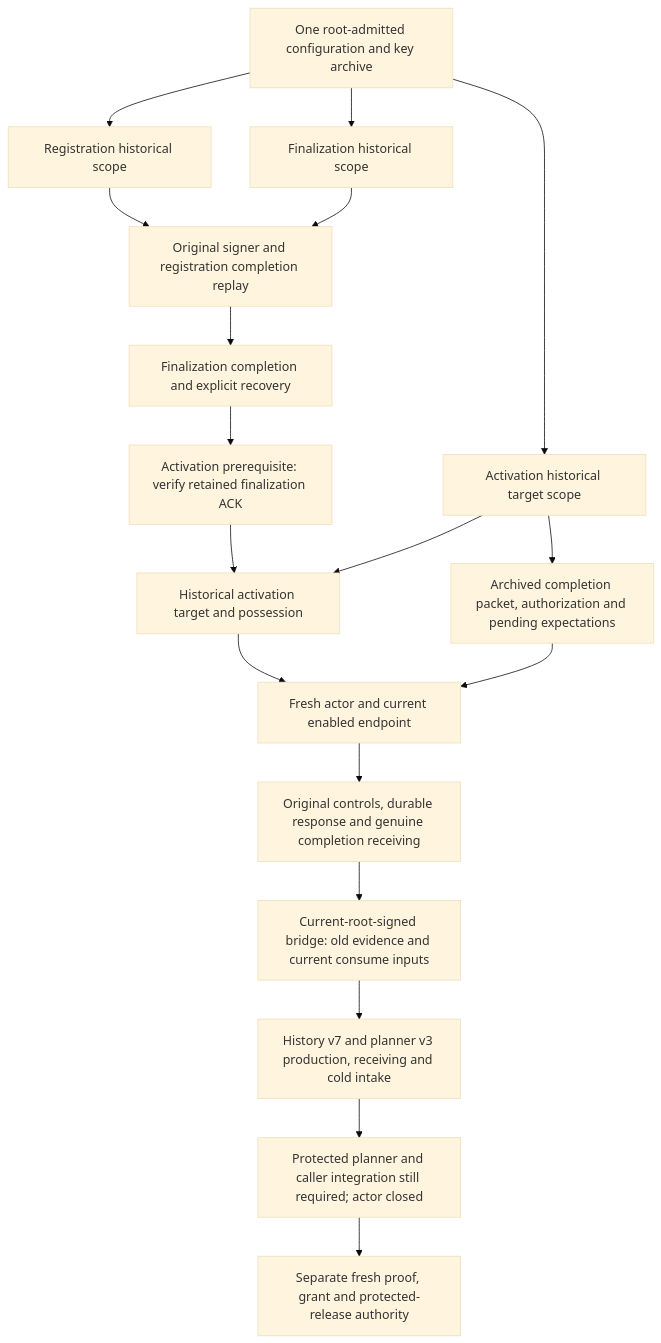
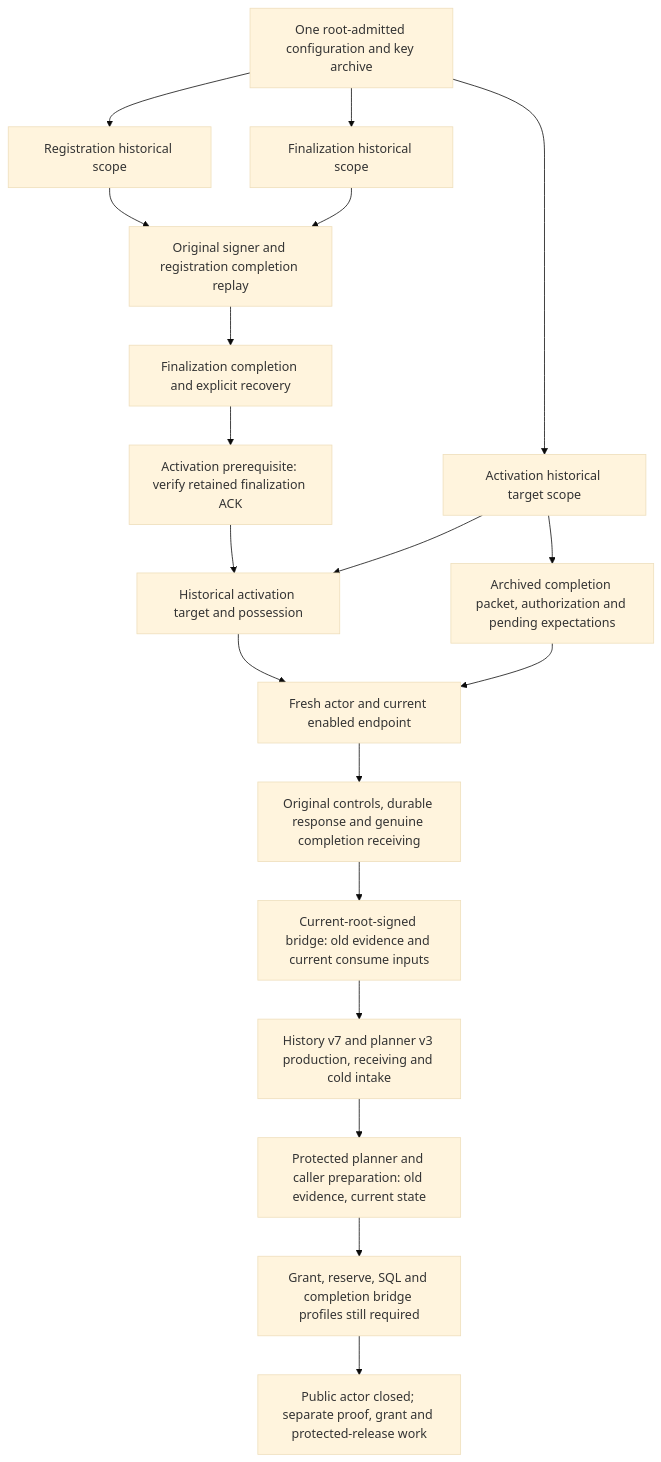
Before and after one commit to AndrewMohawk/catchplate: the diagram in docs/historical-authority-resolution.md, drawn with Mermaid (base theme). The commit also changed other lines of this file and 26 other files, not shown here.

Commit message:
feat(auth): connect historical bridge to protected consume planning

````diff
--- a/docs/historical-authority-resolution.md
+++ b/docs/historical-authority-resolution.md
@@ -149,20 +158,21 @@
 ```mermaid
 flowchart TD
     A[One root-admitted configuration and key archive] --> R[Registration historical scope]
     A --> F[Finalization historical scope]
     A --> H[Activation historical target scope]
     R --> V[Original signer and registration completion replay]
     F --> V
     V --> C[Finalization completion and explicit recovery]
     C --> P[Activation prerequisite: verify retained finalization ACK]
     P --> T[Historical activation target and possession]
     H --> T
     H --> E[Archived completion packet, authorization and pending expectations]
     T --> N[Fresh actor and current enabled endpoint]
     E --> N
     N --> Q[Original controls, durable response and genuine completion receiving]
     Q --> B[Current-root-signed bridge: old evidence and current consume inputs]
     B --> I[History v7 and planner v3 production, receiving and cold intake]
-    I --> D[Protected planner and caller integration still required; actor closed]
-    D --> L[Separate fresh proof, grant and protected-release authority]
+    I --> D[Protected planner and caller preparation: old evidence, current state]
+    D --> G[Grant, reserve, SQL and completion bridge profiles still required]
+    G --> L[Public actor closed; separate proof, grant and protected-release work]
 ```
````
